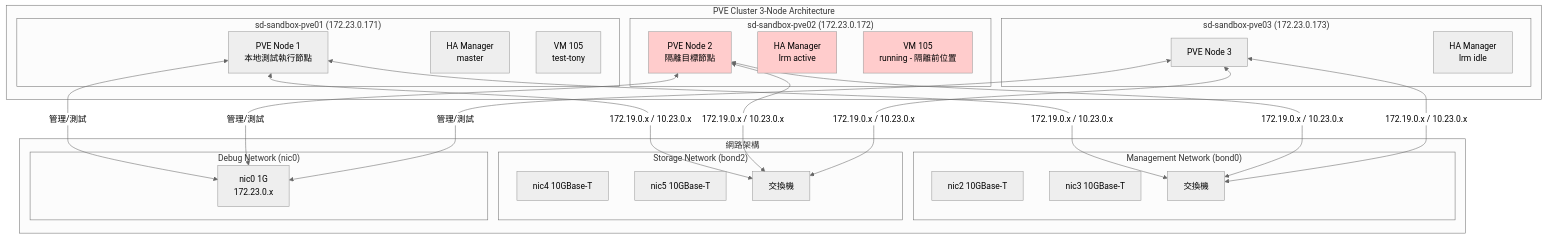
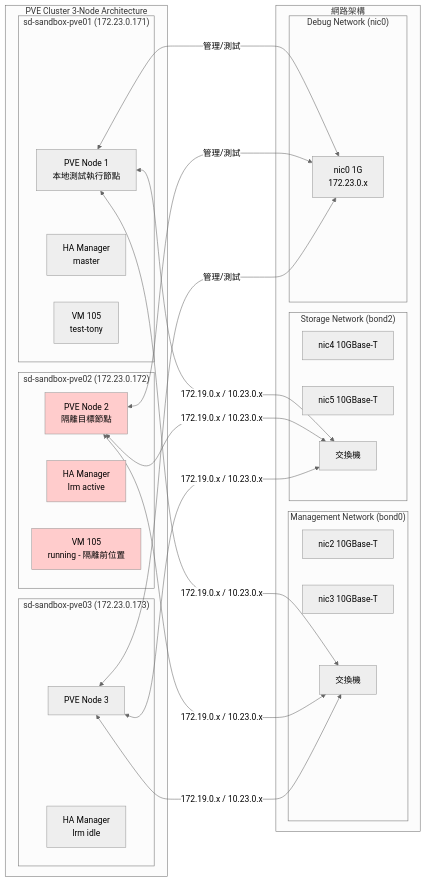
Before and after one commit to TonyChengTW/PVE9-PoC-Testing: the first of 2 diagrams in reports/260518-TC-NW.md, drawn with Mermaid (neutral theme).

Commit message:
橫式mermaid改成直式

````diff
--- a/reports/260518-TC-NW.md
+++ b/reports/260518-TC-NW.md
@@ -12,54 +12,54 @@
 ```mermaid
-graph TB
+graph LR
     subgraph "PVE Cluster 3-Node Architecture"
         subgraph "sd-sandbox-pve01 (172.23.0.171)"
             PVE1[PVE Node 1<br/>本地測試執行節點]
             PVE1_HA[HA Manager<br/>master]
             VM105_1[VM 105<br/>test-tony]
         end
         
         subgraph "sd-sandbox-pve02 (172.23.0.172)"
             PVE2[PVE Node 2<br/>隔離目標節點]
             PVE2_HA[HA Manager<br/>lrm active]
             VM105_2[VM 105<br/>running - 隔離前位置]
         end
         
         subgraph "sd-sandbox-pve03 (172.23.0.173)"
             PVE3[PVE Node 3]
             PVE3_HA[HA Manager<br/>lrm idle]
         end
     end
 
     subgraph "網路架構"
         subgraph "Management Network (bond0)"
             NIC2_1[nic2 10GBase-T]
             NIC3_1[nic3 10GBase-T]
             SW1[交換機]
         end
         
         subgraph "Storage Network (bond2)"
             NIC4_1[nic4 10GBase-T]
             NIC5_1[nic5 10GBase-T]
             SW2[交換機]
         end
         
         subgraph "Debug Network (nic0)"
             NIC0_1[nic0 1G<br/>172.23.0.x]
         end
     end
 
     PVE1 <-->|172.19.0.x / 10.23.0.x| SW1
     PVE2 <-->|172.19.0.x / 10.23.0.x| SW1
     PVE3 <-->|172.19.0.x / 10.23.0.x| SW1
     PVE1 <-->|172.19.0.x / 10.23.0.x| SW2
     PVE2 <-->|172.19.0.x / 10.23.0.x| SW2
     PVE3 <-->|172.19.0.x / 10.23.0.x| SW2
     
     PVE1 <-->|管理/測試| NIC0_1
     PVE2 <-->|管理/測試| NIC0_1
     PVE3 <-->|管理/測試| NIC0_1
 
     style PVE2 fill:#ffcccc
     style VM105_2 fill:#ffcccc
     style PVE2_HA fill:#ffcccc
 ```
````
